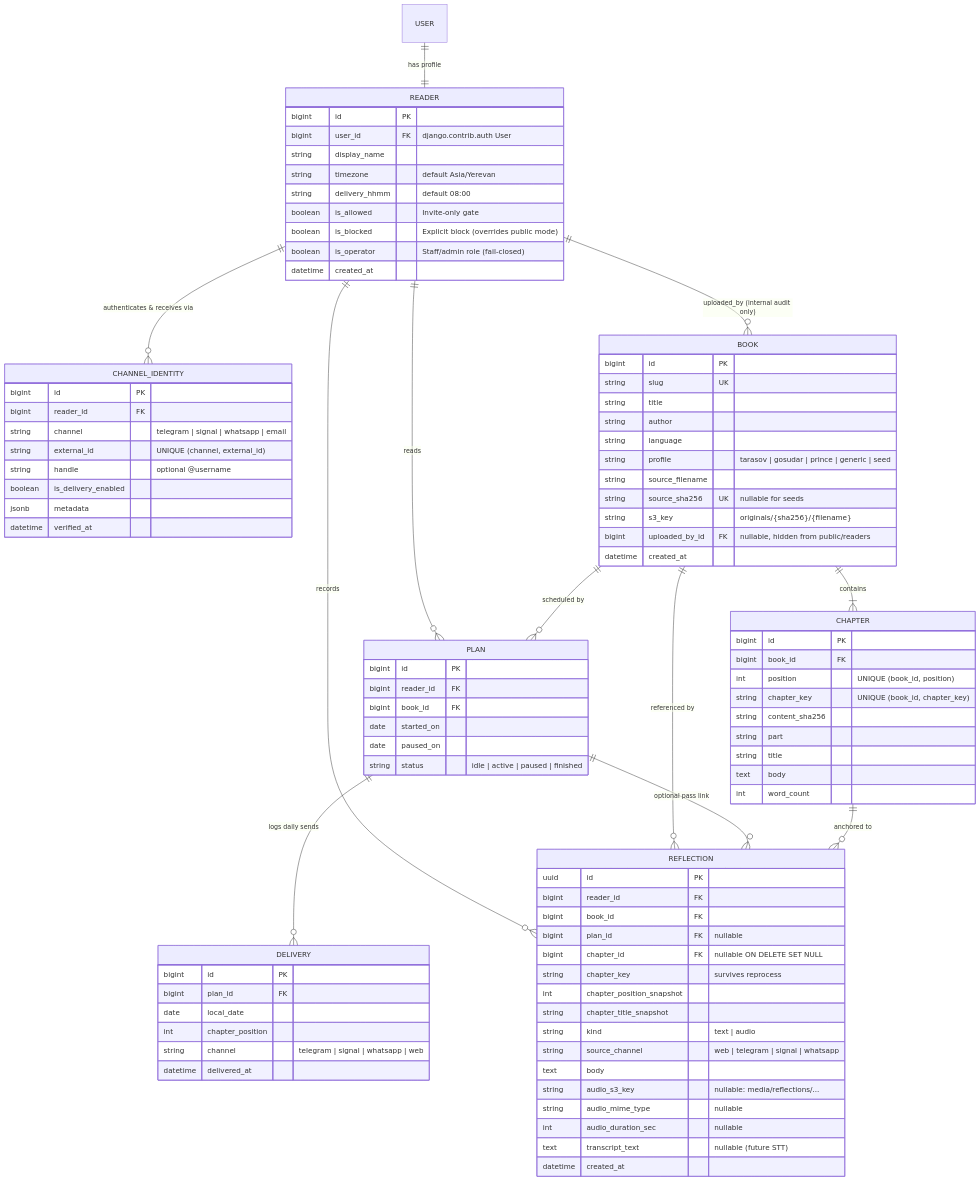
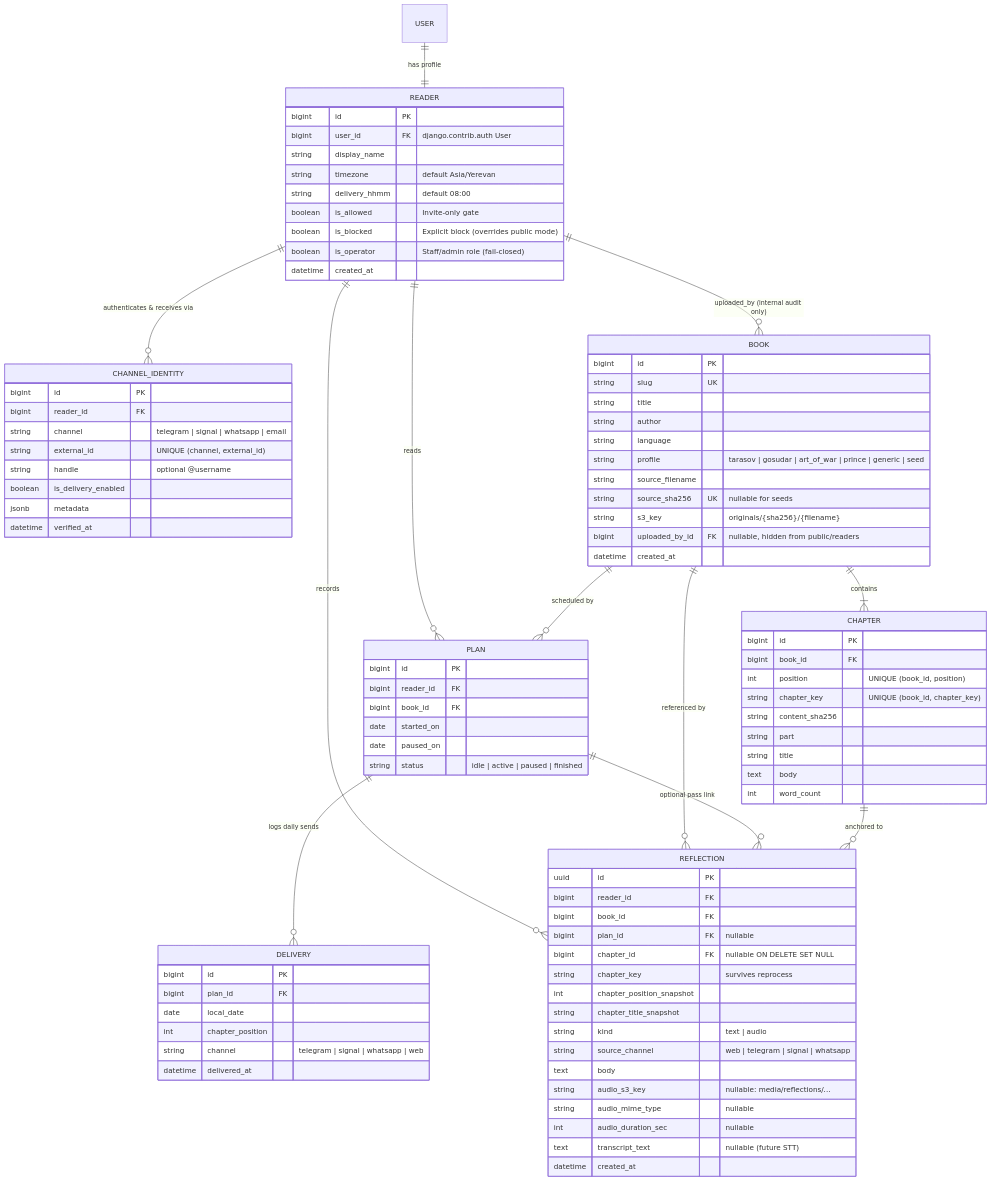
One commit to kajarenc5/book-drip changed the second of 5 diagrams in docs/architecture/README.md. Above: the diagram before and after it, drawn with Mermaid. The commit also changed 9 other files, not shown here.

Commit message:
Add Russian Art of War (Искусство войны) splitter profile and tests

```diff
--- a/docs/architecture/README.md
+++ b/docs/architecture/README.md
@@ -116,7 +116,7 @@
     string title
     string author
     string language
-    string profile "tarasov | gosudar | prince | generic | seed"
+    string profile "tarasov | gosudar | art_of_war | prince | generic | seed"
     string source_filename
     string source_sha256 UK "nullable for seeds"
     string s3_key "originals/{sha256}/{filename}"
```
